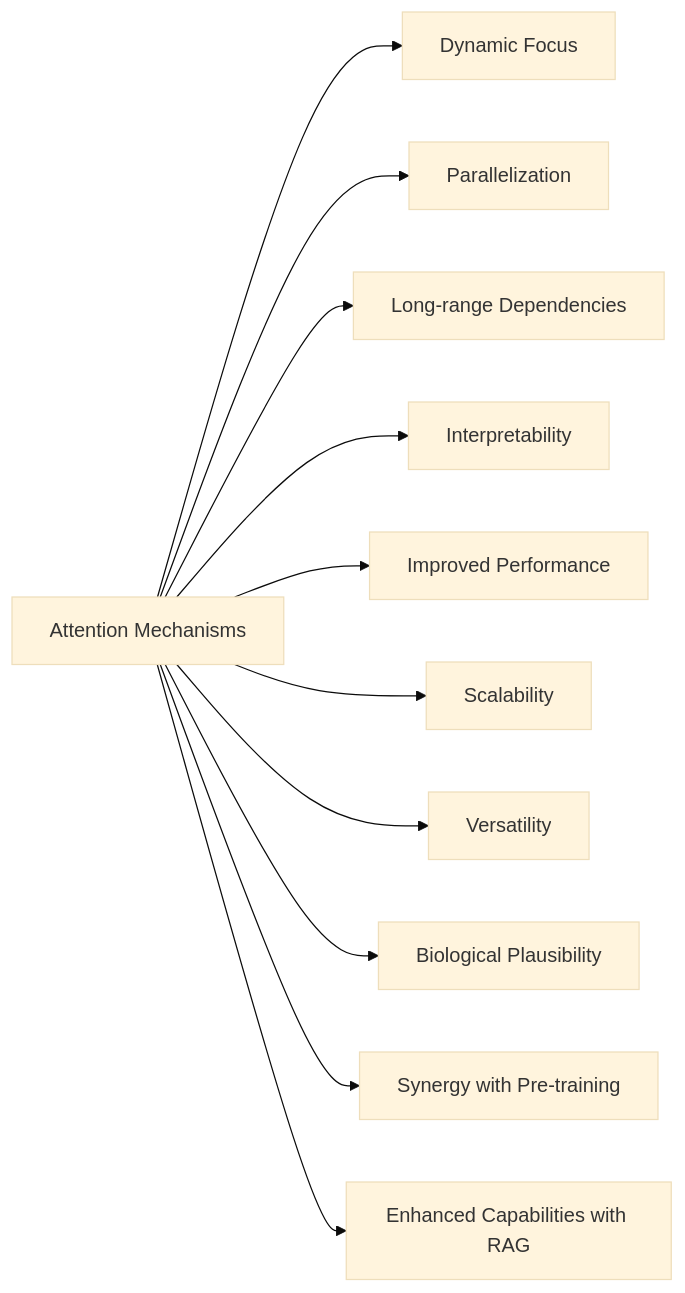
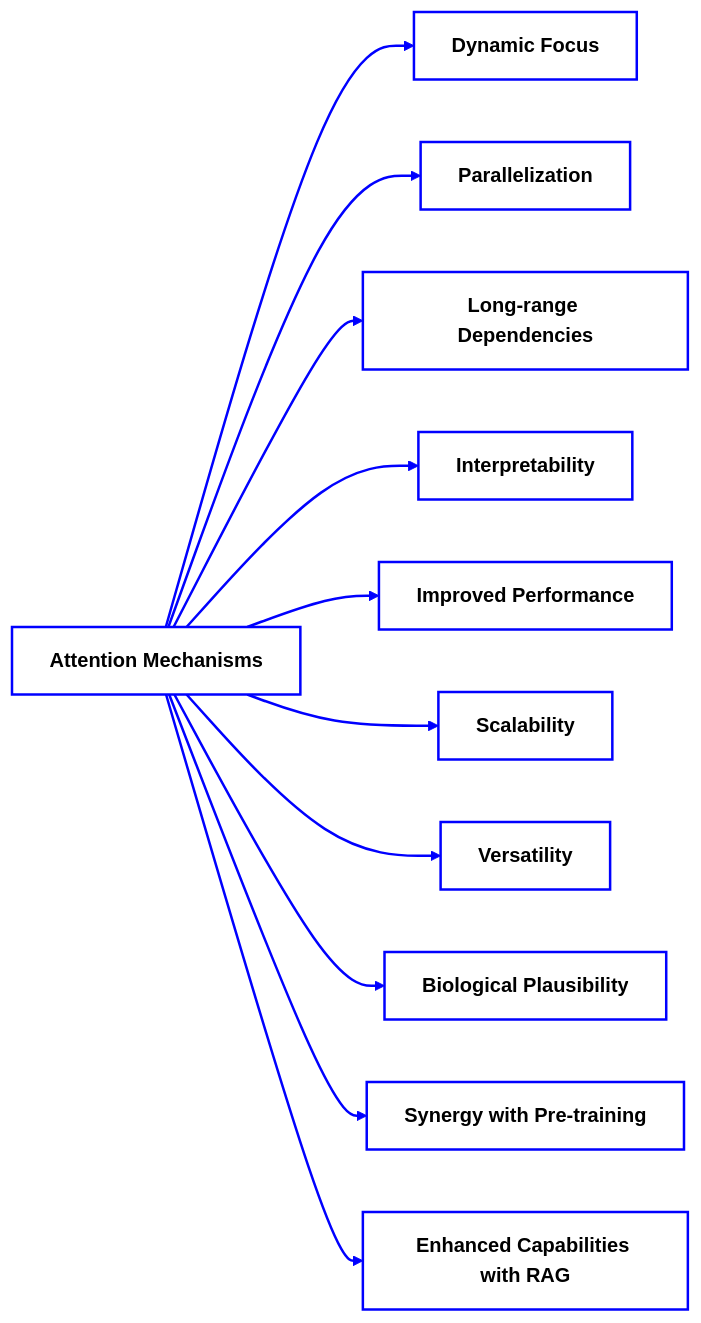
Before and after one commit to antomon/antomon.github.io: the fifth of 5 diagrams in posts/attentions/index.qmd, drawn with Mermaid (base theme). The commit also changed other lines of this file and 6 other files, not shown here.

````diff
--- a/posts/attentions/index.qmd
+++ b/posts/attentions/index.qmd
@@ -150,13 +168,18 @@
 ```{mermaid}
+%%| fig-cap: Historical development of attention mechanisms
+%%| fig-align: center
 flowchart LR
+    classDef default fill:#ffffff,stroke:#0000ff,stroke-width:2px,color:#000000,font-weight:bold
+    linkStyle default stroke:#0000ff,stroke-width:2px
+
     A[Attention Mechanisms] --> B[Dynamic Focus]
     A --> C[Parallelization]
     A --> D[Long-range Dependencies]
     A --> E[Interpretability]
     A --> F[Improved Performance]
     A --> G[Scalability]
     A --> H[Versatility]
     A --> I[Biological Plausibility]
     A --> J[Synergy with Pre-training]
     A --> K[Enhanced Capabilities with RAG]
 ```
````
